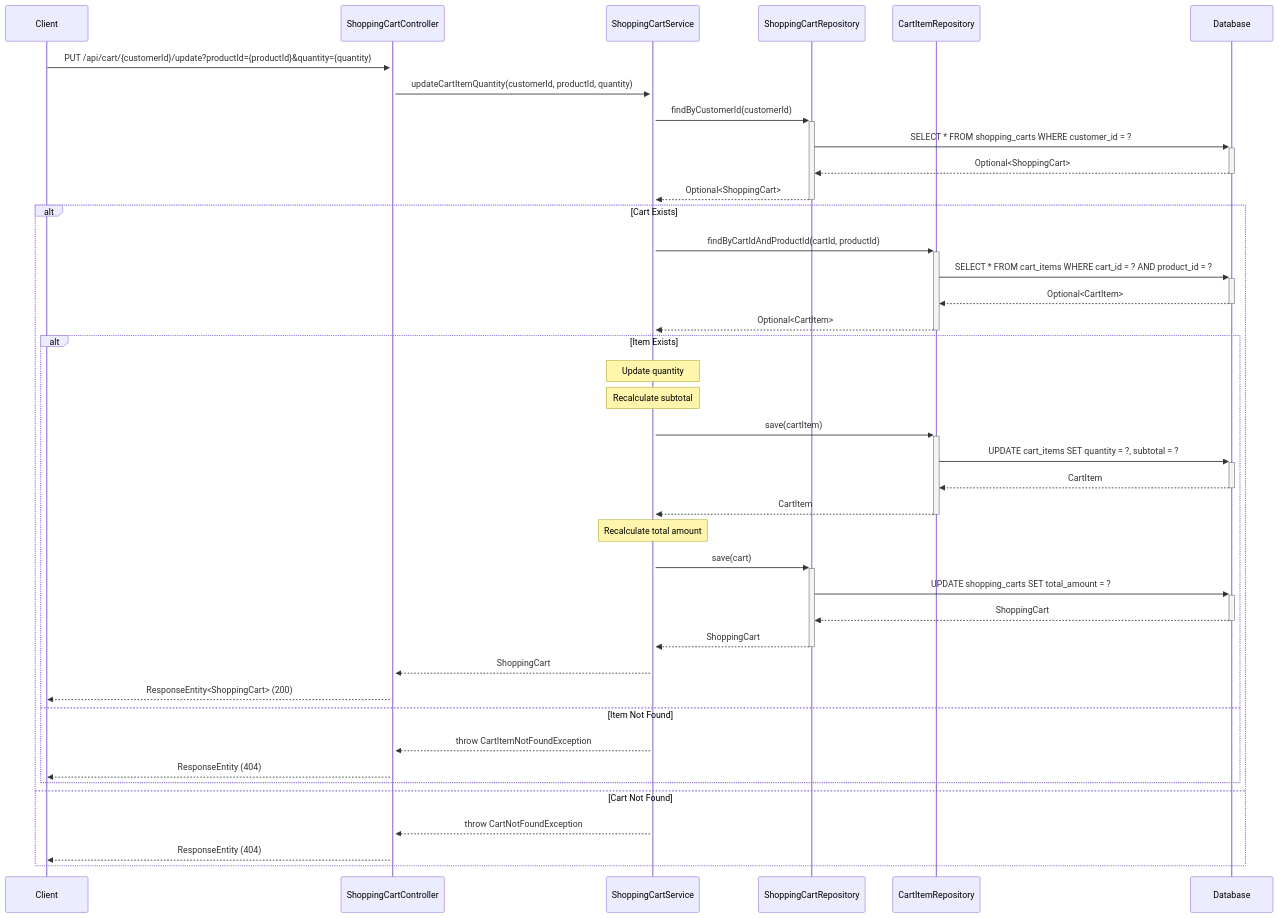
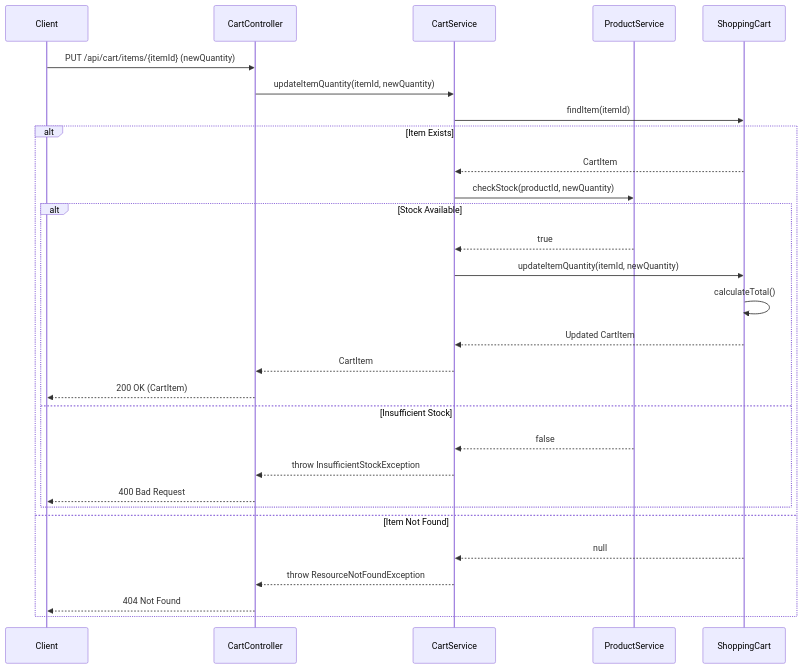
One commit to NavneetBN47/aava-ecom-demo changed diagram 12 of 13 in docs/LLD/lld.md. Above: the diagram before and after it, drawn with Mermaid. The commit also changed other lines of this file, not shown here.

````diff
--- a/docs/LLD/lld.md
+++ b/docs/LLD/lld.md
@@ -470,48 +446,34 @@
 ```mermaid
 sequenceDiagram
     participant Client
-    participant ShoppingCartController
-    participant ShoppingCartService
-    participant ShoppingCartRepository
-    participant CartItemRepository
-    participant Database
+    participant CartController
+    participant CartService
+    participant ProductService
+    participant ShoppingCart
+
+    Client->>CartController: PUT /api/cart/items/{itemId} (newQuantity)
+    CartController->>CartService: updateItemQuantity(itemId, newQuantity)
+    CartService->>ShoppingCart: findItem(itemId)
     
-    Client->>+ShoppingCartController: PUT /api/cart/{customerId}/update?productId={productId}&quantity={quantity}
-    ShoppingCartController->>+ShoppingCartService: updateCartItemQuantity(customerId, productId, quantity)
-    
-    ShoppingCartService->>+ShoppingCartRepository: findByCustomerId(customerId)
-    ShoppingCartRepository->>+Database: SELECT * FROM shopping_carts WHERE customer_id = ?
-    Database-->>-ShoppingCartRepository: Optional<ShoppingCart>
-    ShoppingCartRepository-->>-ShoppingCartService: Optional<ShoppingCart>
-    
-    alt Cart Exists
-        ShoppingCartService->>+CartItemRepository: findByCartIdAndProductId(cartId, productId)
-        CartItemRepository->>+Database: SELECT * FROM cart_items WHERE cart_id = ? AND product_id = ?
-        Database-->>-CartItemRepository: Optional<CartItem>
-        CartItemRepository-->>-ShoppingCartService: Optional<CartItem>
+    alt Item Exists
+        ShoppingCart-->>CartService: CartItem
+        CartService->>ProductService: checkStock(productId, newQuantity)
         
-        alt Item Exists
-            Note over ShoppingCartService: Update quantity
-            Note over ShoppingCartService: Recalculate subtotal
-            ShoppingCartService->>+CartItemRepository: save(cartItem)
-            CartItemRepository->>+Database: UPDATE cart_items SET quantity = ?, subtotal = ?
-            Database-->>-CartItemRepository: CartItem
-            CartItemRepository-->>-ShoppingCartService: CartItem
-            
-            Note over ShoppingCartService: Recalculate total amount
-            ShoppingCartService->>+ShoppingCartRepository: save(cart)
-            ShoppingCartRepository->>+Database: UPDATE shopping_carts SET total_amount = ?
-            Database-->>-ShoppingCartRepository: ShoppingCart
-            ShoppingCartRepository-->>-ShoppingCartService: ShoppingCart
-            
-            ShoppingCartService-->>ShoppingCartController: ShoppingCart
-            ShoppingCartController-->>Client: ResponseEntity<ShoppingCart> (200)
-        else Item Not Found
-            ShoppingCartService-->>ShoppingCartController: throw CartItemNotFoundException
-            ShoppingCartController-->>Client: ResponseEntity (404)
+        alt Stock Available
+            ProductService-->>CartService: true
+            CartService->>ShoppingCart: updateItemQuantity(itemId, newQuantity)
+            ShoppingCart->>ShoppingCart: calculateTotal()
+            ShoppingCart-->>CartService: Updated CartItem
+            CartService-->>CartController: CartItem
+            CartController-->>Client: 200 OK (CartItem)
+        else Insufficient Stock
+            ProductService-->>CartService: false
+            CartService-->>CartController: throw InsufficientStockException
+            CartController-->>Client: 400 Bad Request
         end
-    else Cart Not Found
-        ShoppingCartService-->>ShoppingCartController: throw CartNotFoundException
-        ShoppingCartController-->>Client: ResponseEntity (404)
+    else Item Not Found
+        ShoppingCart-->>CartService: null
+        CartService-->>CartController: throw ResourceNotFoundException
+        CartController-->>Client: 404 Not Found
     end
 ```
````
